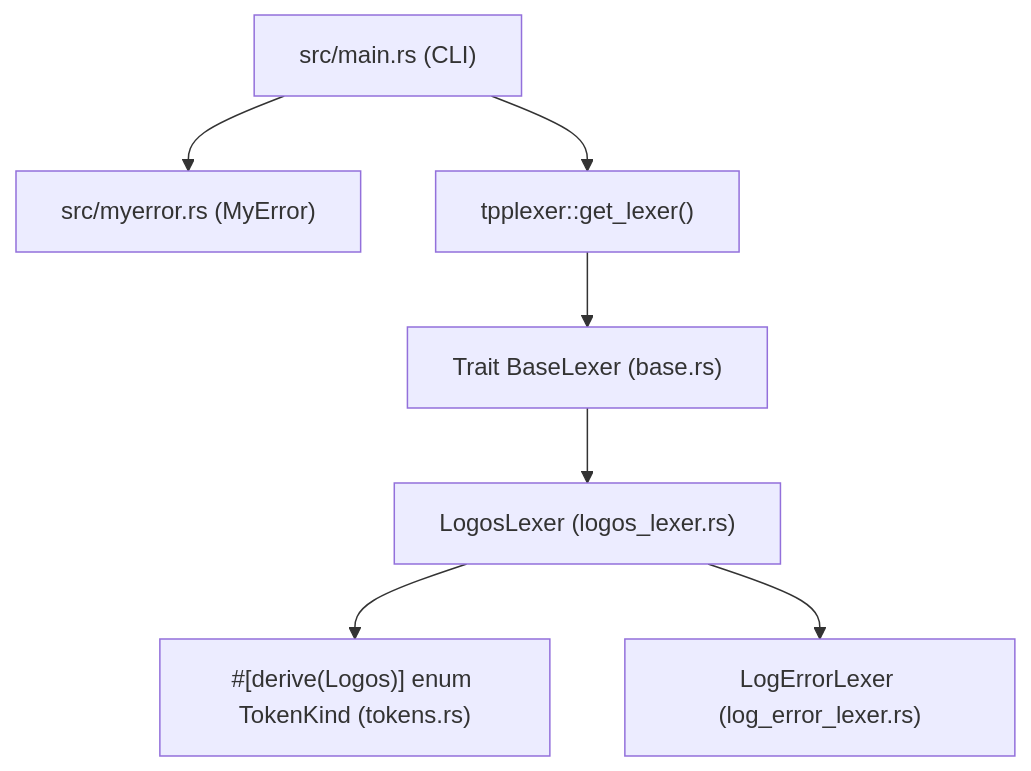
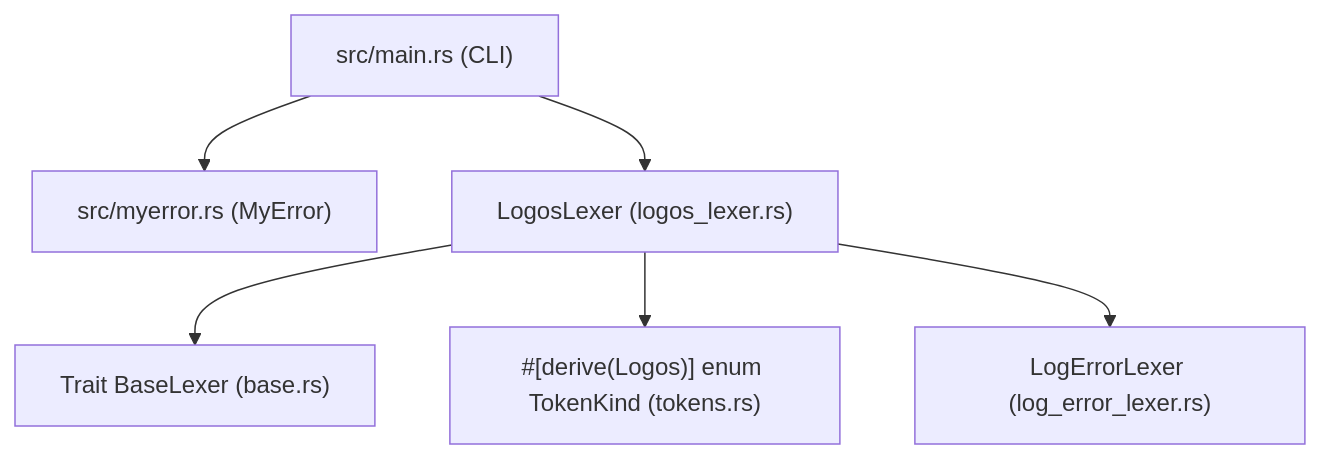
The fourth of 4 diagrams in Parte 1/Artigo.md (EricSL07/RustCompiler), drawn with Mermaid before and after one commit. The commit also changed other lines of this file and 10 other files, not shown here.

````diff
--- a/Parte 1/Artigo.md
+++ b/Parte 1/Artigo.md
@@ -137,9 +131,8 @@
 ```mermaid
 flowchart TD
     CLI["src/main.rs (CLI)"] --> MyError["src/myerror.rs (MyError)"]
-    CLI --> Factory["tpplexer::get_lexer()"]
-    Factory --> Base["Trait BaseLexer (base.rs)"]
-    Base --> LogosLex["LogosLexer (logos_lexer.rs)"]
+    CLI --> LogosLex["LogosLexer (logos_lexer.rs)"]
+    LogosLex --> Base["Trait BaseLexer (base.rs)"]
     LogosLex --> TokenKind["#[derive(Logos)] enum TokenKind (tokens.rs)"]
     LogosLex --> LogErr["LogErrorLexer (log_error_lexer.rs)"]
 ```
````
